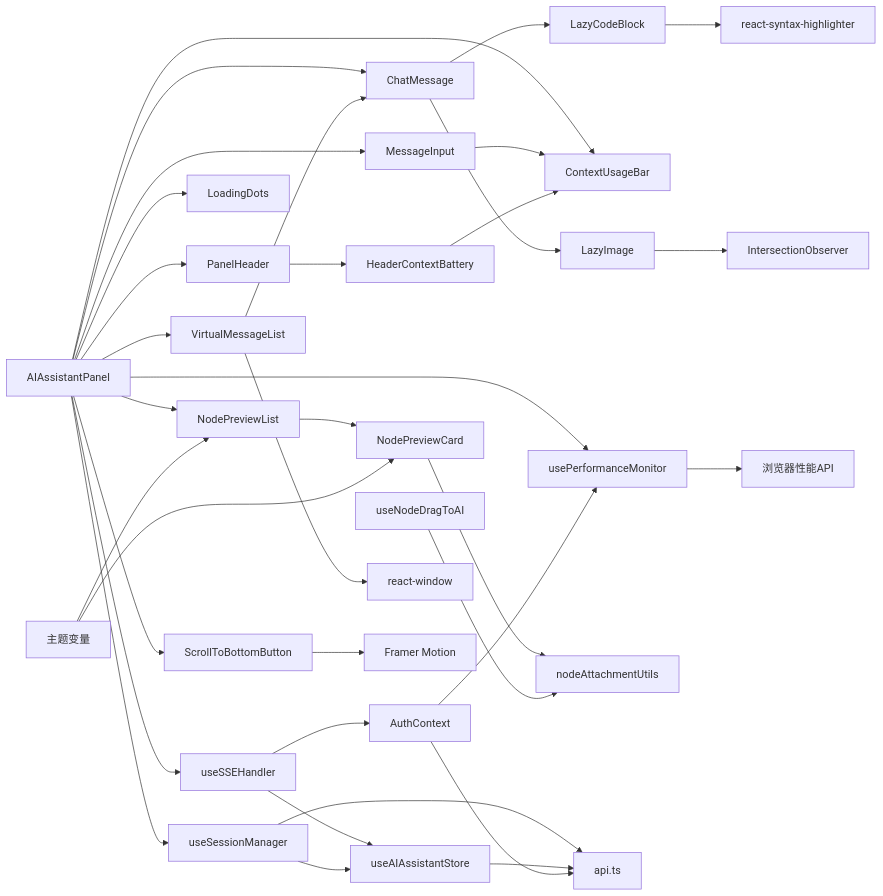
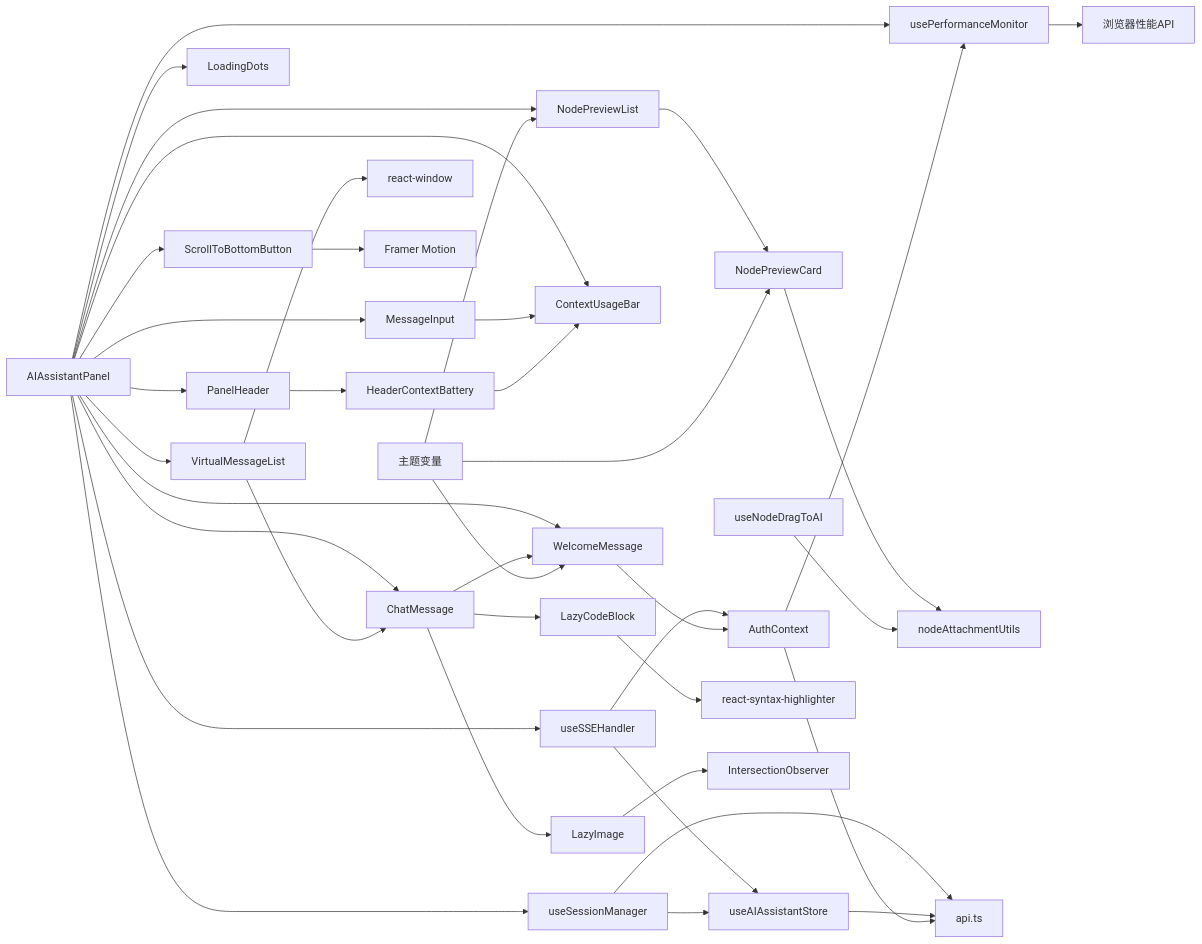
Diagram 30 of 30 in .qoder/repowiki/zh/content/前端应用架构/UI组件库/画布组件系统/AI助手面板/AI助手面板.md (KunLabAI/KunFlix), drawn with Mermaid before and after one commit. The commit also changed other lines of this file and 20 other files, not shown here.

````diff
--- a/.qoder/repowiki/zh/content/前端应用架构/UI组件库/画布组件系统/AI助手面板/AI助手面板.md
+++ b/.qoder/repowiki/zh/content/前端应用架构/UI组件库/画布组件系统/AI助手面板/AI助手面板.md
@@ -1173,37 +1377,41 @@
 ```mermaid
 graph LR
 AIP["AIAssistantPanel"] --> CHAT["ChatMessage"]
 AIP --> INPUT["MessageInput"]
 AIP --> HDR["PanelHeader"]
 AIP --> SSE["useSSEHandler"]
 AIP --> SESS["useSessionManager"]
 AIP --> PERF["usePerformanceMonitor"]
 AIP --> CONTEXT["ContextUsageBar"]
 AIP --> LOADING["LoadingDots"]
 AIP --> VLIST["VirtualMessageList"]
 AIP --> SCROLLBTN["ScrollToBottomButton"]
 AIP --> ATTACHMENTPREVIEW["NodePreviewList"]
+AIP --> WELCOME["WelcomeMessage"]
 HDR --> HEADERCTX["HeaderContextBattery"]
 VLIST --> CHAT
 CHAT --> LAZYCODE["LazyCodeBlock"]
 CHAT --> LAZYIMG["LazyImage"]
+CHAT --> WELCOME
 ATTACHMENTPREVIEW --> NODEPREVIEW["NodePreviewCard"]
 NODEPREVIEW --> ATTACHMENTUTILS["nodeAttachmentUtils"]
 DRAGTOAI["useNodeDragToAI"] --> ATTACHMENTUTILS
 SSE --> STORE["useAIAssistantStore"]
 SESS --> STORE
 SESS --> API["api.ts"]
 SSE --> AUTH["AuthContext"]
 STORE --> API
 INPUT --> CONTEXT
 HEADERCTX --> CONTEXT
+WELCOME --> AUTH
 AUTH --> API
 AUTH --> PERF
 PERF --> BROWSER["浏览器性能API"]
 VLIST --> REACTWINDOW["react-window"]
 SCROLLBTN --> FRAMERMOTION["Framer Motion"]
 LAZYCODE --> SYNTAXHIGHLIGHTER["react-syntax-highlighter"]
 LAZYIMG --> INTERSECTIONOBSERVER["IntersectionObserver"]
 THEMEVARS["主题变量"] --> NODEPREVIEW
 THEMEVARS --> ATTACHMENTPREVIEW
+THEMEVARS --> WELCOME
 ```
````
